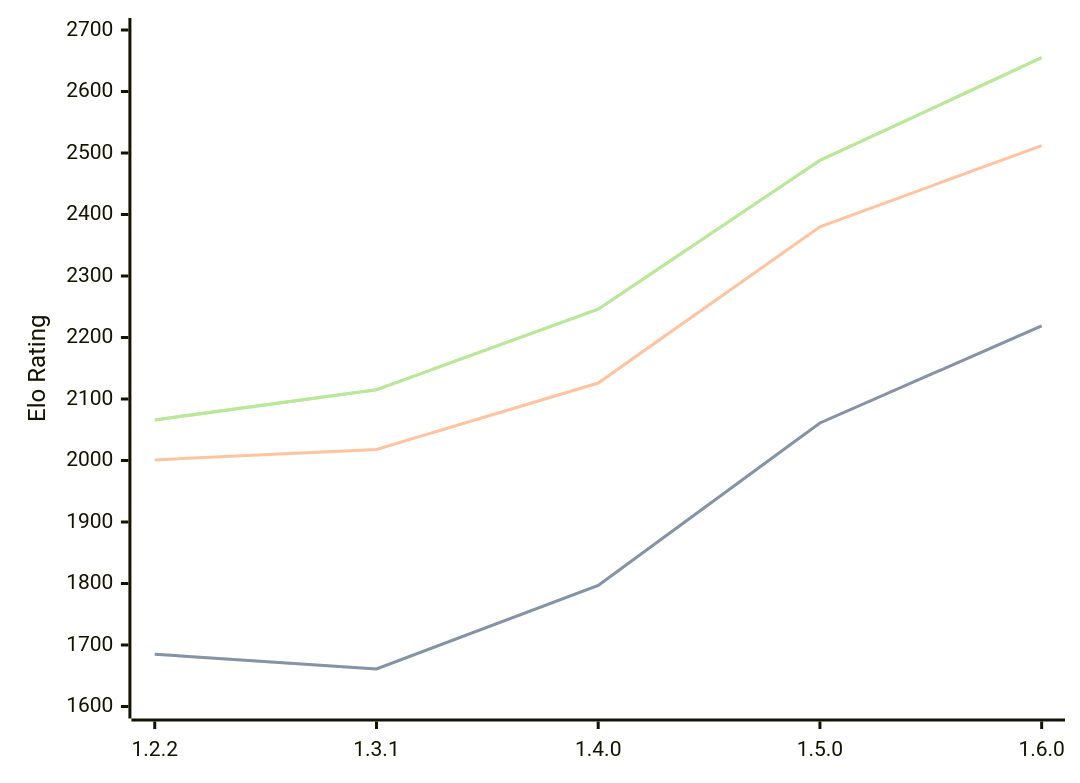
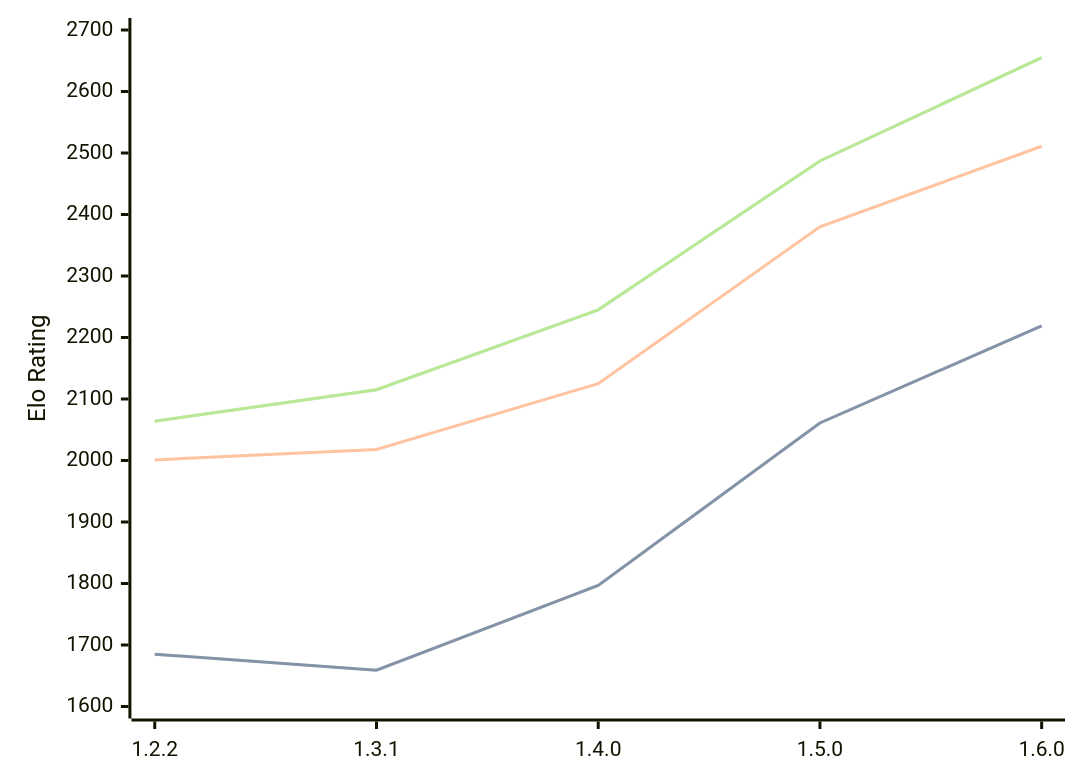
The diagram in engines/SoloEngine.md (computer-chess-index/cci), drawn with Mermaid before and after one commit. The commit also changed other lines of this file, not shown here.

Commit message:
Update CCI Ratings (ELO VLTC) - 2026-03-18

````diff
--- a/engines/SoloEngine.md
+++ b/engines/SoloEngine.md
@@ -33,11 +33,11 @@
 ```mermaid
 %%{init: {"theme":"base","themeVariables":{"seriesColors:['#a3a3a3','#222221','#faa371']}}}%%
 xychart-beta
   x-axis ["1.2.2", "1.3.1", "1.4.0", "1.5.0", "1.6.0"]
   y-axis "Elo Rating" 1600 --> 2700
-  line "STC (8.0+0.08s)" [1685, 1661, 1797, 2061, 2219]
-  line "STC (8.0+0.08s)" [1685, 1661, 1797, 2061, 2219]
-  line "LTC (60.0+0.60s)" [2001, 2018, 2126, 2380, 2512]
-  line "VLTC (2m24s+1.12s)" [2066, 2115, 2246, 2488, 2655]
-  line "VLTC (2m24s+1.12s)" [2066, 2115, 2246, 2488, 2655]
+  line "STC (8.0+0.08s)" [1685, 1659, 1797, 2061, 2219]
+  line "STC (8.0+0.08s)" [1685, 1659, 1797, 2061, 2219]
+  line "LTC (60.0+0.60s)" [2001, 2018, 2125, 2380, 2511]
+  line "VLTC (2m24s+1.12s)" [2064, 2115, 2245, 2487, 2655]
+  line "VLTC (2m24s+1.12s)" [2064, 2115, 2245, 2487, 2655]
 ```
````
